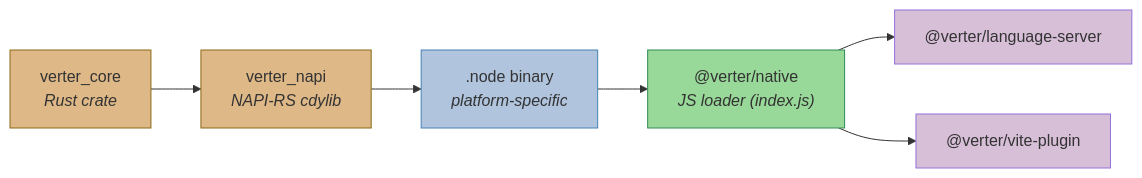
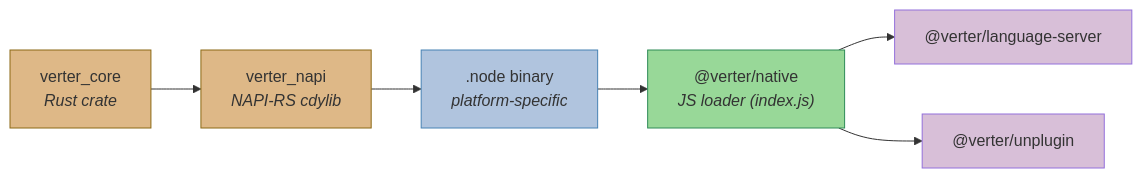
The first of 2 diagrams in packages/native/README.md (pikax/verter), drawn with Mermaid before and after one commit. The commit also changed 19 other files, not shown here.

Commit message:
remove vite-plugin

````diff
--- a/packages/native/README.md
+++ b/packages/native/README.md
@@ -16,15 +16,15 @@
 ```mermaid
 graph LR
     A["verter_core<br/><i>Rust crate</i>"] --> B["verter_napi<br/><i>NAPI-RS cdylib</i>"]
     B --> C[".node binary<br/><i>platform-specific</i>"]
     C --> D["@verter/native<br/><i>JS loader (index.js)</i>"]
     D --> E["@verter/language-server"]
-    D --> F["@verter/vite-plugin"]
+    D --> F["@verter/unplugin"]
 
     style A fill:#deb887,stroke:#8b6914
     style B fill:#deb887,stroke:#8b6914
     style C fill:#b0c4de,stroke:#4682b4
     style D fill:#98d898,stroke:#2e8b57
     style E fill:#d8bfd8,stroke:#9370db
     style F fill:#d8bfd8,stroke:#9370db
 ```
````
